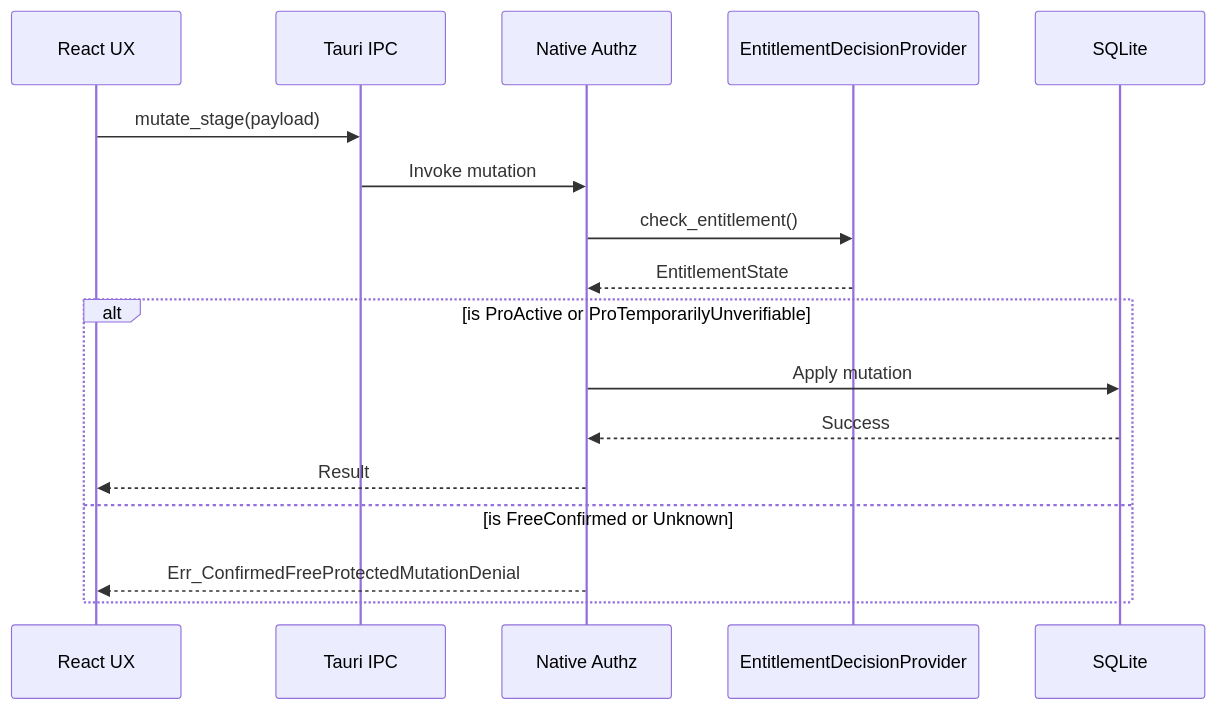
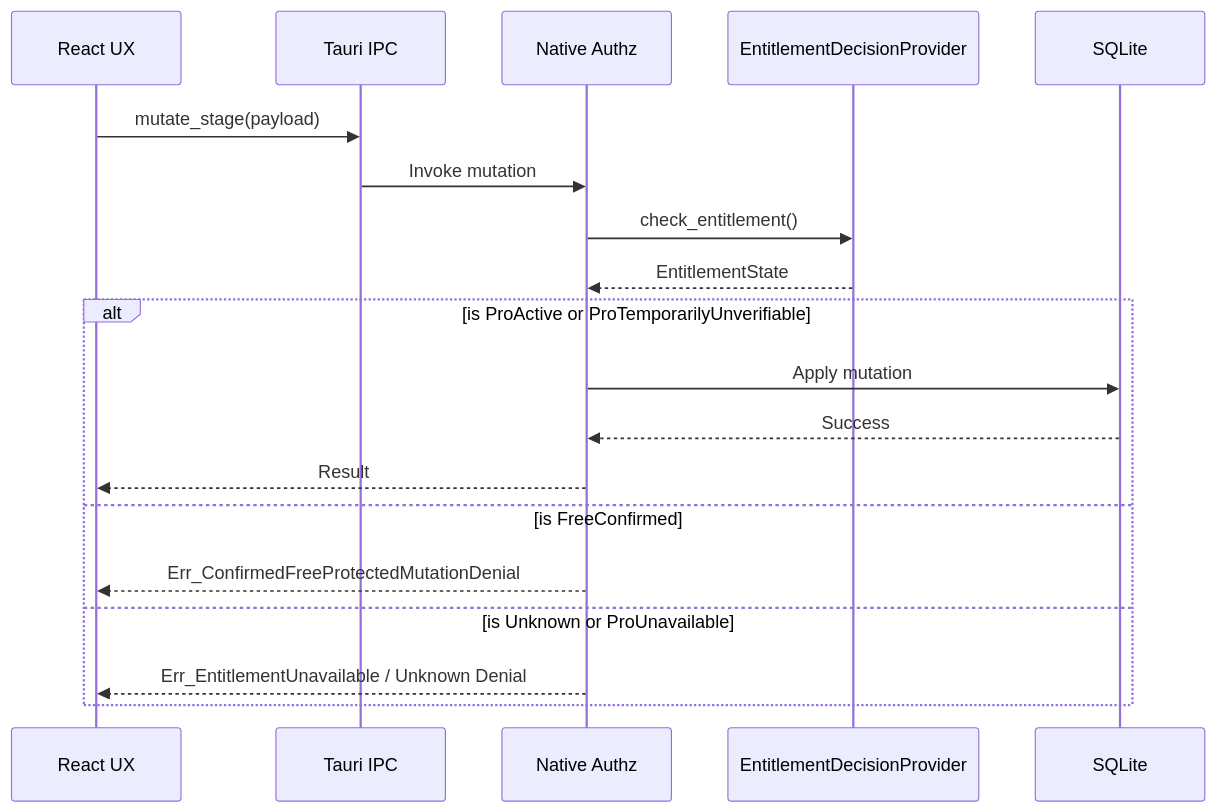
Before and after one commit to jornalistainclusivo/retranca-os: the fourth of 4 diagrams in docs/architecture/PHASE-6.4-SOFTWARE-DESIGN.md, drawn with Mermaid. The commit also changed other lines of this file, not shown here.

````diff
--- a/docs/architecture/PHASE-6.4-SOFTWARE-DESIGN.md
+++ b/docs/architecture/PHASE-6.4-SOFTWARE-DESIGN.md
@@ -271,20 +288,23 @@
 ```mermaid
 sequenceDiagram
     participant UI as React UX
     participant IPC as Tauri IPC
     participant Native as Native Authz
     participant Ent as EntitlementDecisionProvider
     participant DB as SQLite
 
     UI->>IPC: mutate_stage(payload)
     IPC->>Native: Invoke mutation
     Native->>Ent: check_entitlement()
     Ent-->>Native: EntitlementState
+
     alt is ProActive or ProTemporarilyUnverifiable
         Native->>DB: Apply mutation
         DB-->>Native: Success
         Native-->>UI: Result
-    else is FreeConfirmed or Unknown
+    else is FreeConfirmed
         Native-->>UI: Err_ConfirmedFreeProtectedMutationDenial
+    else is Unknown or ProUnavailable
+        Native-->>UI: Err_EntitlementUnavailable / Unknown Denial
     end
 ```
````
